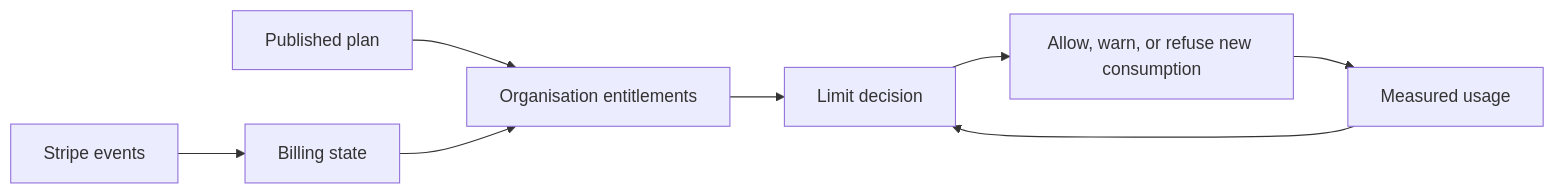
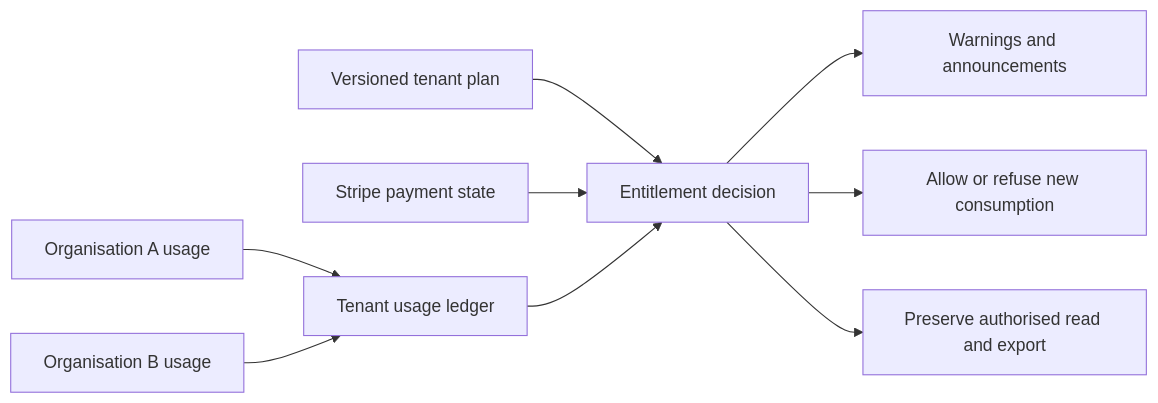
Before and after one commit to Abzum-NZ/Abzum-Vortex: the first of 2 diagrams in docs/specification/15-plans-billing-and-usage.md, drawn with Mermaid. The commit also changed other lines of this file and 27 other files, not shown here.

````diff
--- a/docs/specification/15-plans-billing-and-usage.md
+++ b/docs/specification/15-plans-billing-and-usage.md
@@ -9,10 +11,11 @@
 ```mermaid
 flowchart LR
-    PLAN[Published plan] --> ENTITLE[Organisation entitlements]
-    USE[Measured usage] --> LIMIT[Limit decision]
-    ENTITLE --> LIMIT
-    LIMIT --> PRODUCT[Allow, warn, or refuse new consumption]
-    STRIPE[Stripe events] --> BILL[Billing state]
-    BILL --> ENTITLE
-    PRODUCT --> USE
+    O1[Organisation A usage] --> L[Tenant usage ledger]
+    O2[Organisation B usage] --> L
+    PLAN[Versioned tenant plan] --> E[Entitlement decision]
+    STRIPE[Stripe payment state] --> E
+    L --> E
+    E --> WARN[Warnings and announcements]
+    E --> NEW[Allow or refuse new consumption]
+    E --> KEEP[Preserve authorised read and export]
 ```
````
